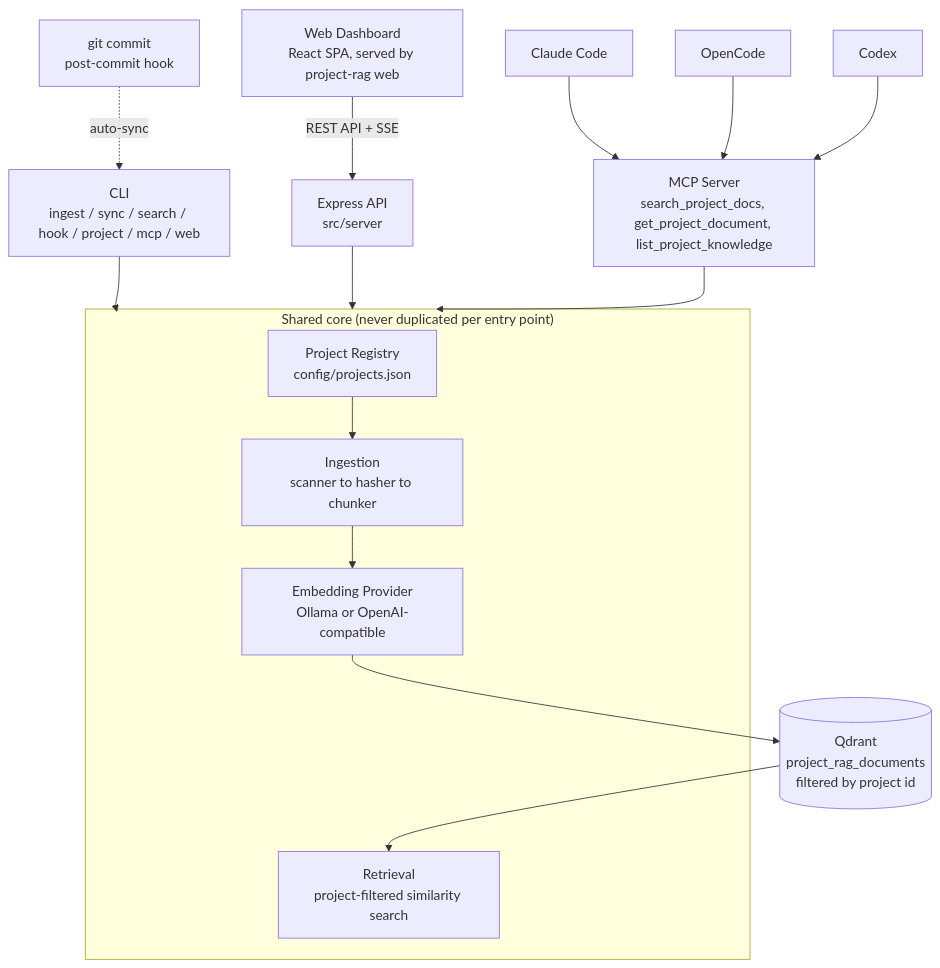
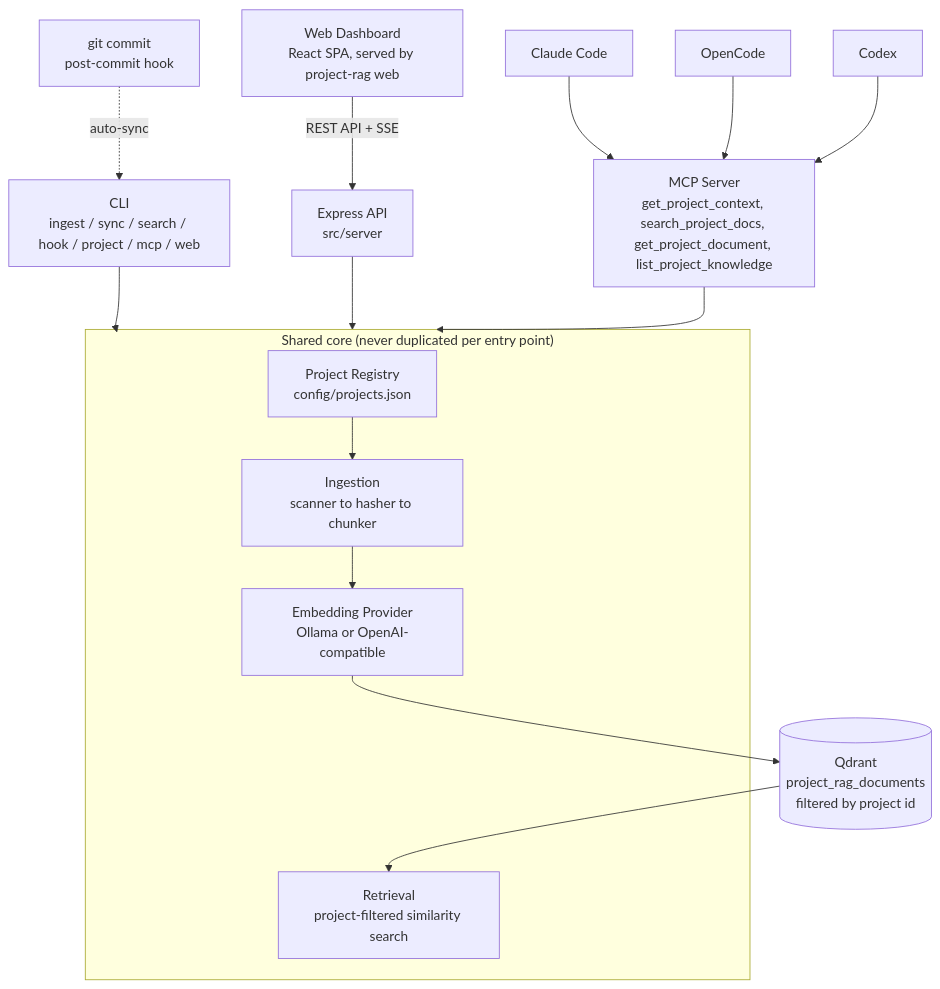
Before and after one commit to azmirizkifar20/RAGBuddy: the first of 2 diagrams in README.md, drawn with Mermaid. The commit also changed other lines of this file and 16 other files, not shown here.

First line of the commit message:
feat(mcp): add get_project_context orientation tool

````diff
--- a/README.md
+++ b/README.md
@@ -19,24 +19,24 @@
 ```mermaid
 flowchart TD
     subgraph CORE["Shared core (never duplicated per entry point)"]
         REG["Project Registry<br/>config/projects.json"]
         ING["Ingestion<br/>scanner to hasher to chunker"]
         EMB["Embedding Provider<br/>Ollama or OpenAI-compatible"]
         RET["Retrieval<br/>project-filtered similarity search"]
         REG --> ING --> EMB
     end
 
     QD[("Qdrant<br/>project_rag_documents<br/>filtered by project id")]
     EMB --> QD --> RET
 
     CLI["CLI<br/>ingest / sync / search / hook / project / mcp / web"] --> CORE
     WEB["Web Dashboard<br/>React SPA, served by project-rag web"] -->|"REST API + SSE"| API["Express API<br/>src/server"]
     API --> CORE
-    MCPS["MCP Server<br/>search_project_docs, get_project_document, list_project_knowledge"] --> CORE
+    MCPS["MCP Server<br/>get_project_context, search_project_docs, get_project_document, list_project_knowledge"] --> CORE
 
     GIT["git commit<br/>post-commit hook"] -.->|"auto-sync"| CLI
 
     CC["Claude Code"] --> MCPS
     OC["OpenCode"] --> MCPS
     CX["Codex"] --> MCPS
 ```
````
